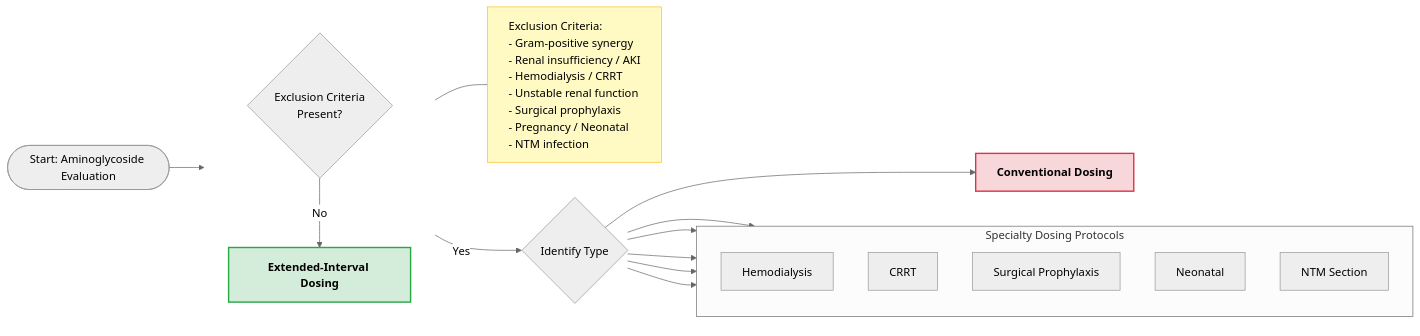
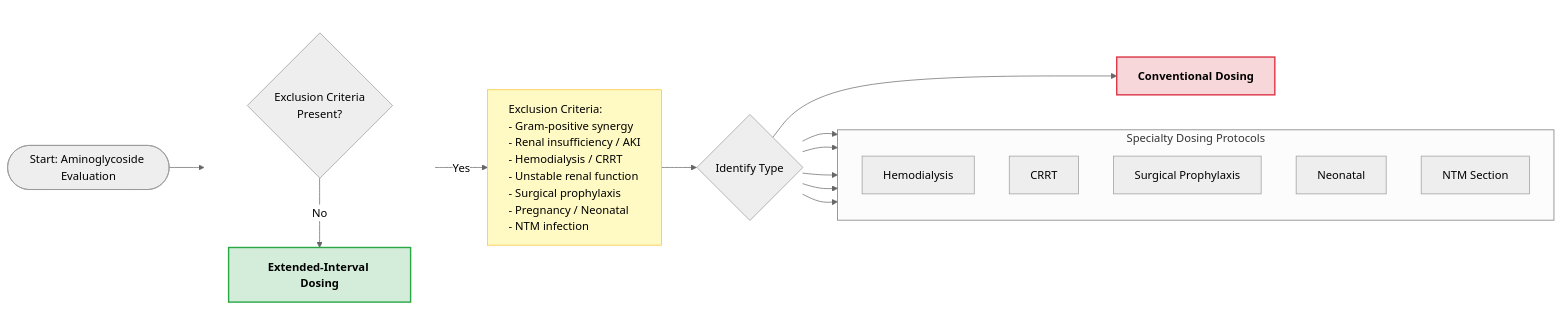
The diagram in dosing-strategy.md (shemtsai/Aminoglycoside-Calculator), drawn with Mermaid (neutral theme) before and after one commit.

Commit message:
Revise flowchart for aminoglycoside evaluation
Updated the flowchart for aminoglycoside evaluation to improve clarity and structure.

````diff
--- a/dosing-strategy.md
+++ b/dosing-strategy.md
@@ -38,40 +38,40 @@
 ```mermaid
 flowchart LR
     Start([Start: Aminoglycoside Evaluation]) --> Criteria{Exclusion Criteria<br/>Present?}
     
-    %% The Criteria List (Pinned to the side)
-    Criteria --- List[Exclusion Criteria:<br/>- Gram-positive synergy<br/>- Renal insufficiency / AKI<br/>- Hemodialysis / CRRT<br/>- Unstable renal function<br/>- Surgical prophylaxis<br/>- Pregnancy / Neonatal<br/>- NTM infection]
-    style List fill:#fff9c4,stroke:#fbc02d,text-align:left
-
-    %% THE VERTICAL DROP: We use a subgraph to force "No" below "Criteria"
-    subgraph Main_Success_Path [ ]
+    %% The "No" path drops vertically
+    subgraph Main_Path [ ]
         direction TB
         Criteria
         EI[<b>Extended-Interval Dosing</b>]
     end
     Criteria -- No --> EI
     style EI fill:#d4edda,stroke:#28a745,stroke-width:2px
-    style Main_Success_Path fill:none,stroke:none
+    style Main_Path fill:none,stroke:none
 
-    %% THE HORIZONTAL BRANCH
-    Criteria -- Yes --> ExclusionType{Identify Type}
+    %% The "Yes" path leads to the List, then the List leads to Identify Type
+    Criteria -- Yes --> List[Exclusion Criteria:<br/>- Gram-positive synergy<br/>- Renal insufficiency / AKI<br/>- Hemodialysis / CRRT<br/>- Unstable renal function<br/>- Surgical prophylaxis<br/>- Pregnancy / Neonatal<br/>- NTM infection]
+    style List fill:#fff9c4,stroke:#fbc02d,text-align:left
+
+    %% Identify Type now branches from the List box
+    List --> ExclusionType{Identify Type}
 
     ExclusionType --> F[<b>Conventional Dosing</b>]
     style F fill:#f8d7da,stroke:#dc3545,stroke-width:2px
 
-    %% Right-side Protocols
+    %% Specialty protocols on the far right
     subgraph Specialty_Protocols [Specialty Dosing Protocols]
         direction TB
         G[Hemodialysis]
         H[CRRT]
         I[Surgical Prophylaxis]
         J[Neonatal]
         K[NTM Section]
     end
 
     ExclusionType --> G
     ExclusionType --> H
     ExclusionType --> I
     ExclusionType --> J
     ExclusionType --> K
 ```
````
